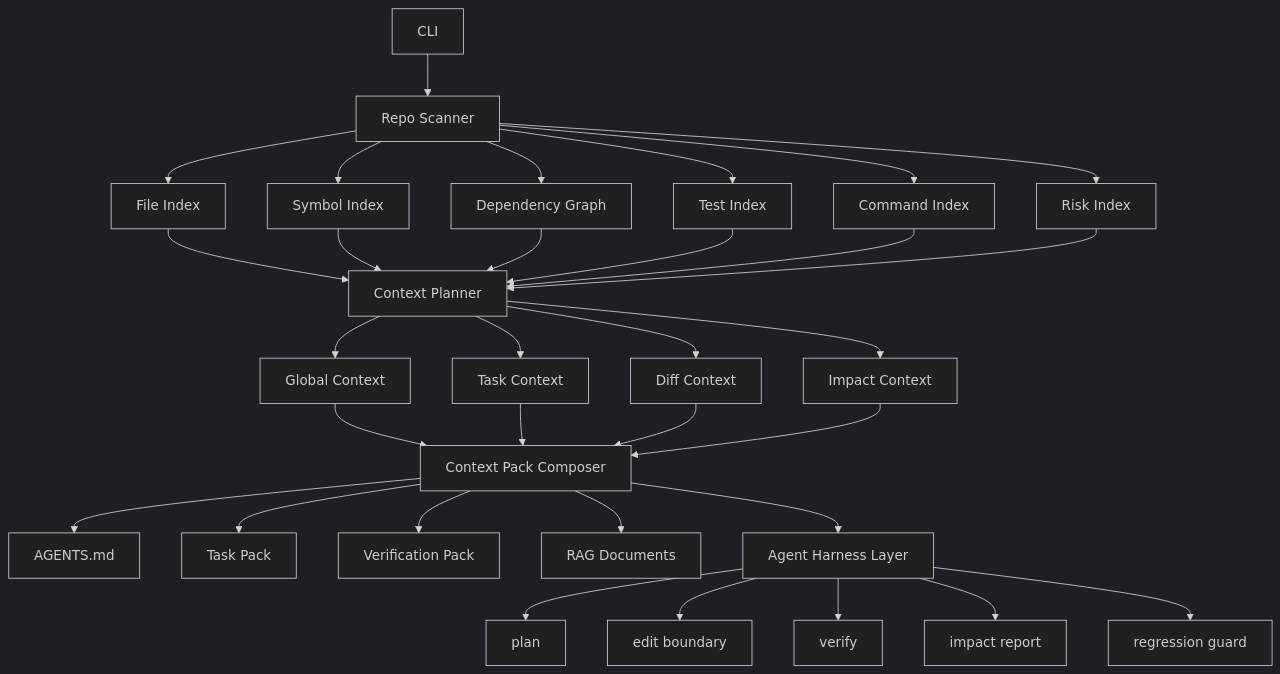
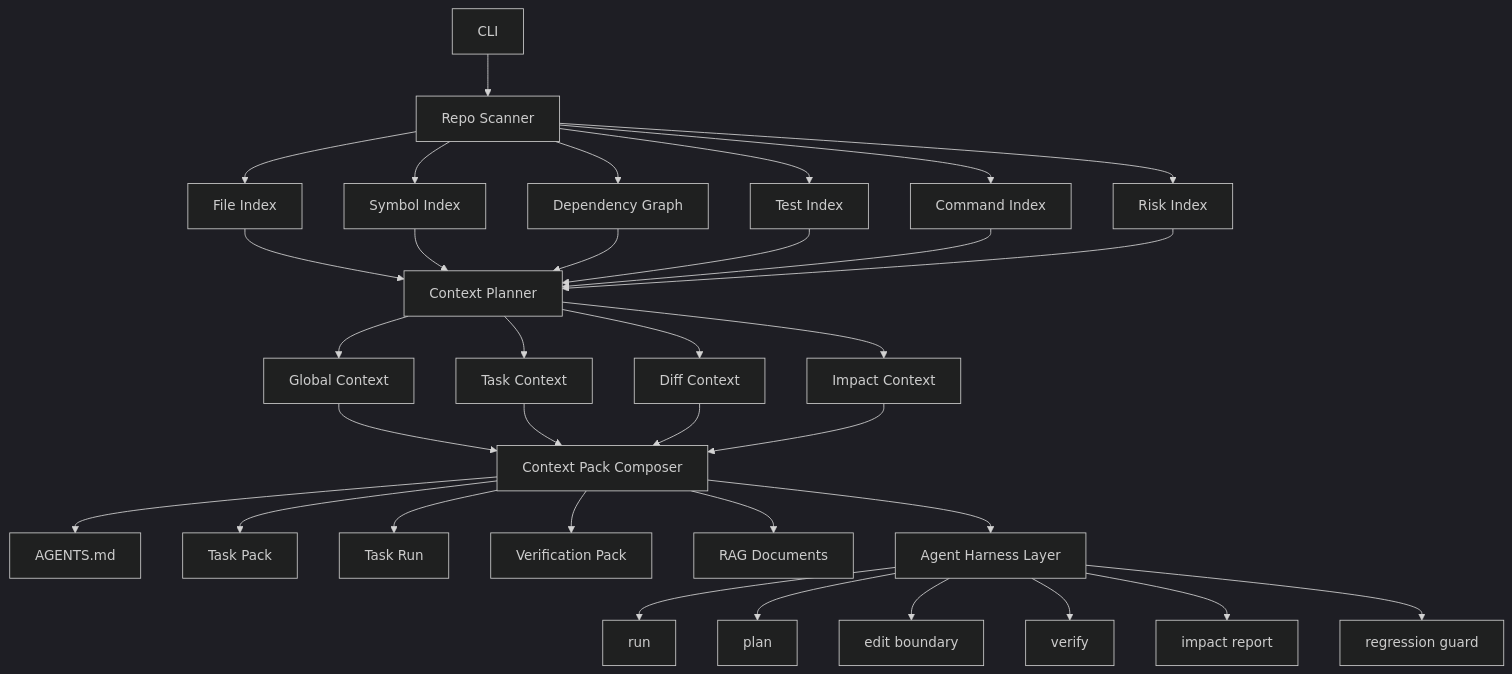
Before and after one commit to whut09/Code-Agent-plusplus: the diagram in docs/architecture.md, drawn with Mermaid (dark theme). The commit also changed other lines of this file and 38 other files, not shown here.

Commit message:
Add task run execution context

````diff
--- a/docs/architecture.md
+++ b/docs/architecture.md
@@ -5,39 +5,41 @@
 ```mermaid
 graph TD
   CLI --> RepoScanner["Repo Scanner"]
   RepoScanner --> FileIndex["File Index"]
   RepoScanner --> SymbolIndex["Symbol Index"]
   RepoScanner --> DependencyGraph["Dependency Graph"]
   RepoScanner --> TestIndex["Test Index"]
   RepoScanner --> CommandIndex["Command Index"]
   RepoScanner --> RiskIndex["Risk Index"]
 
   FileIndex --> ContextPlanner["Context Planner"]
   SymbolIndex --> ContextPlanner
   DependencyGraph --> ContextPlanner
   TestIndex --> ContextPlanner
   CommandIndex --> ContextPlanner
   RiskIndex --> ContextPlanner
 
   ContextPlanner --> GlobalContext["Global Context"]
   ContextPlanner --> TaskContext["Task Context"]
   ContextPlanner --> DiffContext["Diff Context"]
   ContextPlanner --> ImpactContext["Impact Context"]
 
   GlobalContext --> PackComposer["Context Pack Composer"]
   TaskContext --> PackComposer
   DiffContext --> PackComposer
   ImpactContext --> PackComposer
 
   PackComposer --> AgentsMd["AGENTS.md"]
   PackComposer --> TaskPack["Task Pack"]
+  PackComposer --> TaskRun["Task Run"]
   PackComposer --> VerificationPack["Verification Pack"]
   PackComposer --> RagDocuments["RAG Documents"]
 
   PackComposer --> HarnessLayer["Agent Harness Layer"]
+  HarnessLayer --> Run["run"]
   HarnessLayer --> Plan["plan"]
   HarnessLayer --> EditBoundary["edit boundary"]
   HarnessLayer --> Verify["verify"]
   HarnessLayer --> ImpactReport["impact report"]
   HarnessLayer --> RegressionGuard["regression guard"]
 ```
````
